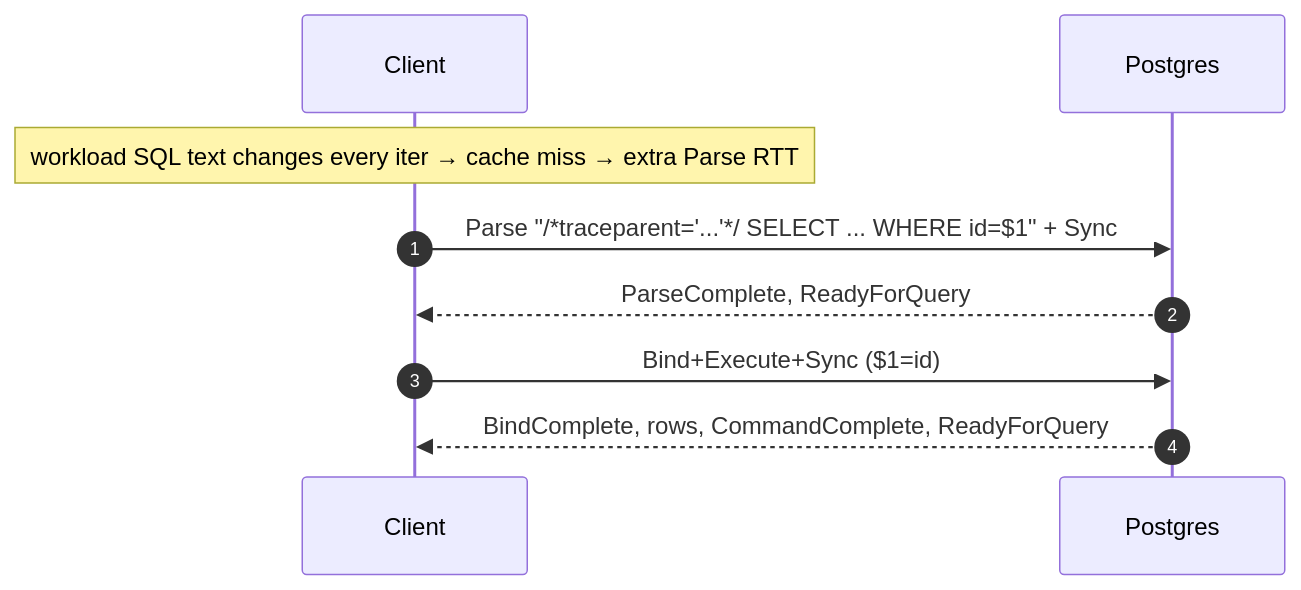
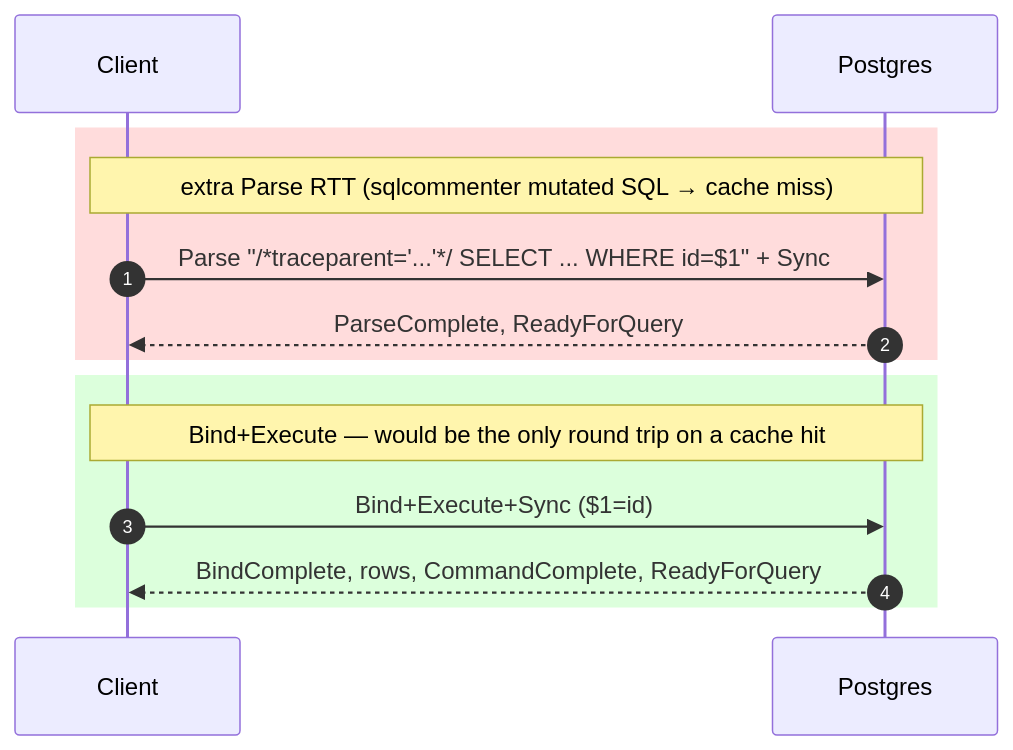
The fifth of 6 diagrams in README.md (ringerc/postgres_otel_tracing_bench), drawn with Mermaid before and after one commit. The commit also changed other lines of this file, not shown here.

First line of the commit message:
README: colour-code overhead vs baseline in sequence diagrams; fix libpq claim

````diff
--- a/README.md
+++ b/README.md
@@ -261,11 +294,16 @@
 ```mermaid
 sequenceDiagram
     autonumber
     participant C as Client
     participant S as Postgres
-    Note over C: workload SQL text changes every iter → cache miss → extra Parse RTT
+    rect rgb(255,220,220)
+    Note over C,S: extra Parse RTT (sqlcommenter mutated SQL → cache miss)
     C->>S: Parse "/*traceparent='...'*/ SELECT ... WHERE id=$1" + Sync
     S-->>C: ParseComplete, ReadyForQuery
+    end
+    rect rgb(220,255,220)
+    Note over C,S: Bind+Execute — would be the only round trip on a cache hit
     C->>S: Bind+Execute+Sync ($1=id)
     S-->>C: BindComplete, rows, CommandComplete, ReadyForQuery
+    end
 ```
````
